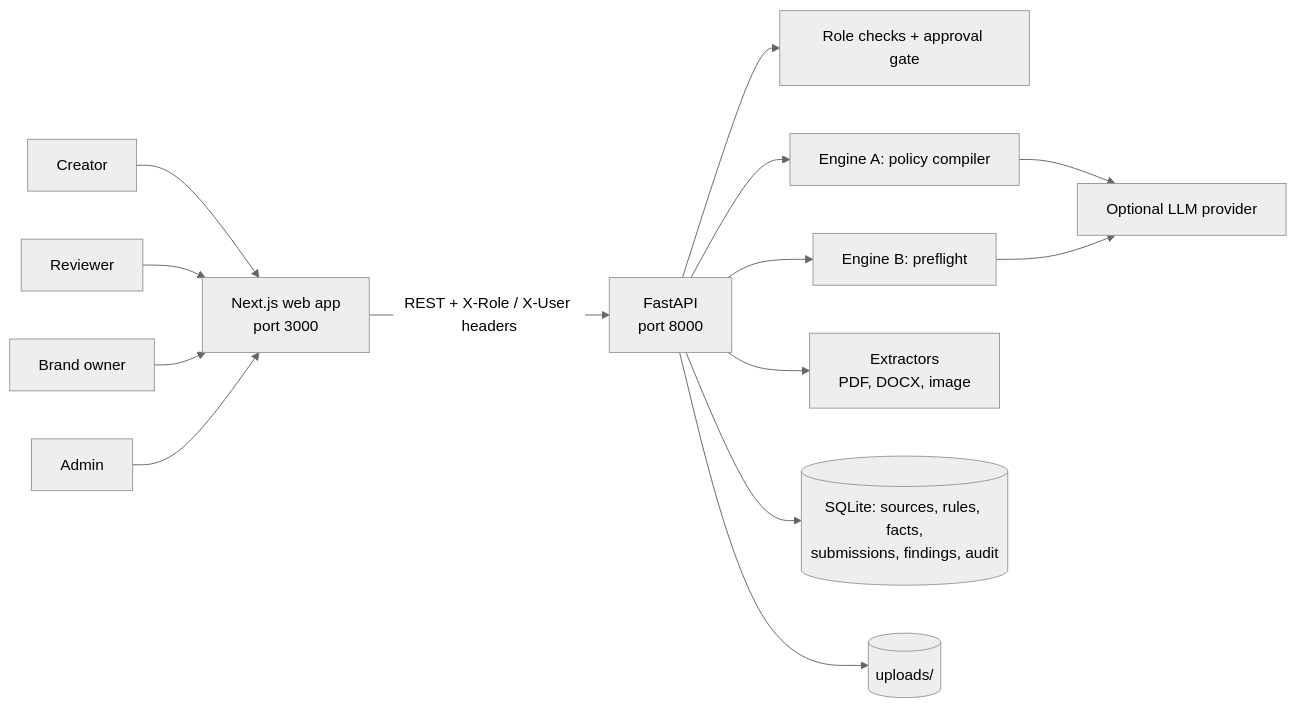
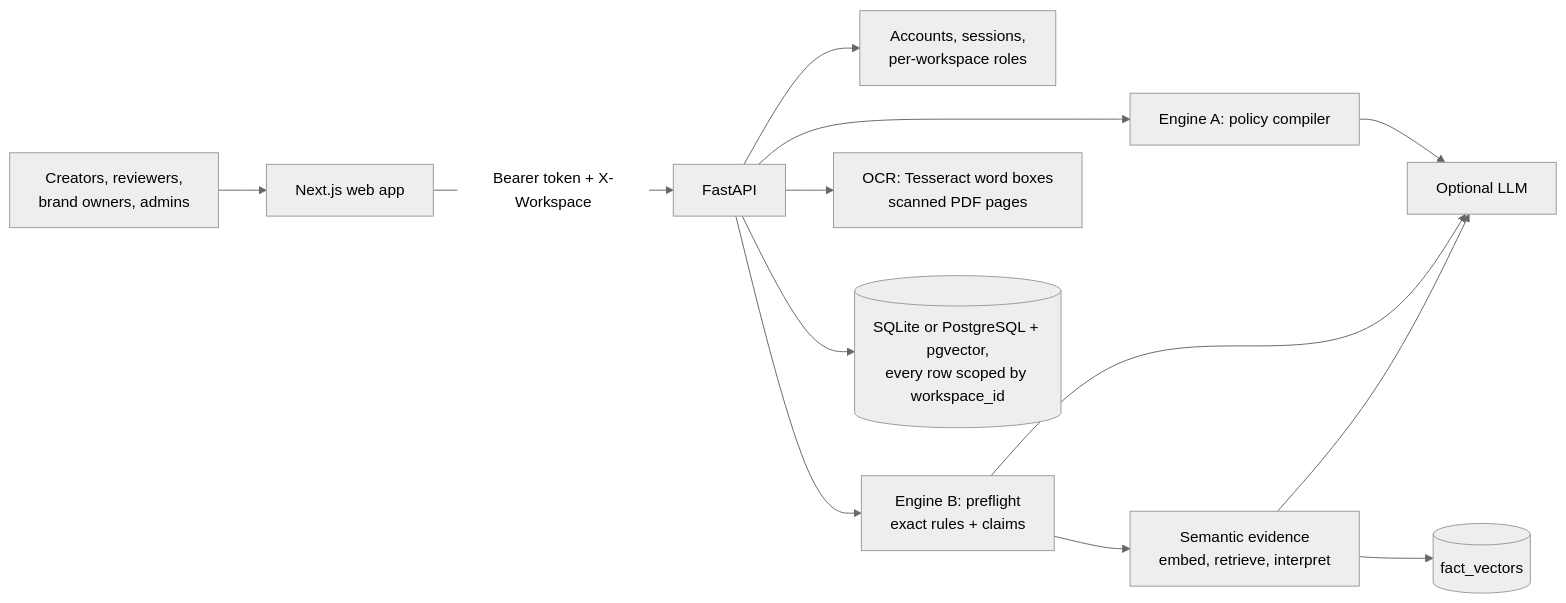
Before and after one commit to nishankkhadpe7-afk/BrandProof: the diagram in README.md, drawn with Mermaid (neutral theme). The commit also changed other lines of this file and 72 other files, not shown here.

````diff
--- a/README.md
+++ b/README.md
@@ -77,16 +63,15 @@
 ```mermaid
 flowchart LR
-    C[Creator] --> UI[Next.js web app<br/>port 3000]
-    R[Reviewer] --> UI
-    B[Brand owner] --> UI
-    A[Admin] --> UI
-    UI -->|REST + X-Role / X-User headers| API[FastAPI<br/>port 8000]
-    API --> RBAC[Role checks + approval gate]
+    U[Creators, reviewers,<br/>brand owners, admins] --> UI[Next.js web app]
+    UI -->|Bearer token + X-Workspace| API[FastAPI]
+    API --> AUTH[Accounts, sessions,<br/>per-workspace roles]
     API --> EA[Engine A: policy compiler]
-    API --> EB[Engine B: preflight]
-    API --> X[Extractors<br/>PDF, DOCX, image]
-    EA --> LLM[Optional LLM provider]
+    API --> EB[Engine B: preflight<br/>exact rules + claims]
+    EB --> SEM[Semantic evidence<br/>embed, retrieve, interpret]
+    API --> OCR[OCR: Tesseract word boxes<br/>scanned PDF pages]
+    SEM --> VEC[(fact_vectors)]
+    EA --> LLM[Optional LLM]
     EB --> LLM
-    API --> DB[(SQLite: sources, rules, facts,<br/>submissions, findings, audit)]
-    API --> FS[(uploads/)]
+    SEM --> LLM
+    API --> DB[(SQLite or PostgreSQL + pgvector,<br/>every row scoped by workspace_id)]
 ```
````
